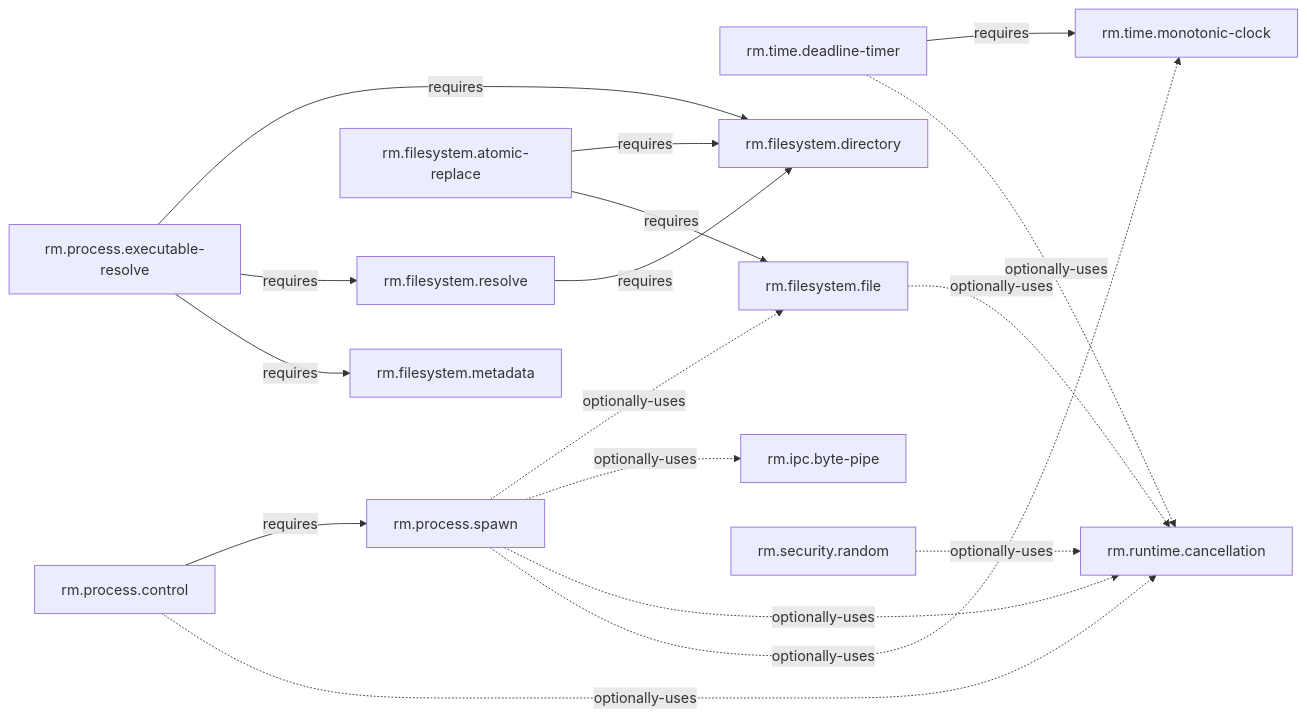
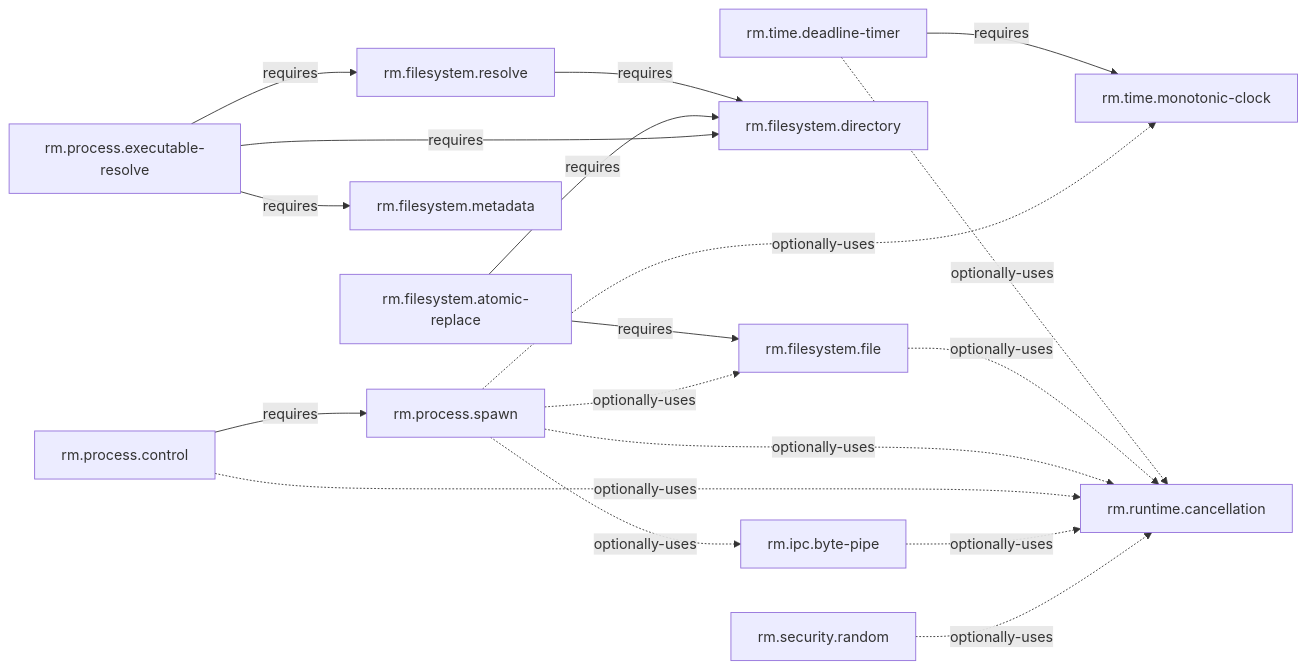
Before and after one commit to Rusty-Mill/rusty_foundation_akb: the diagram in docs/04-ecosystem/consistency-readiness/dependency-graph.md, drawn with Mermaid. The commit also changed other lines of this file and 16 other files, not shown here.

````diff
--- a/docs/04-ecosystem/consistency-readiness/dependency-graph.md
+++ b/docs/04-ecosystem/consistency-readiness/dependency-graph.md
@@ -8,19 +8,20 @@
 ```mermaid
 flowchart LR
   Timer["rm.time.deadline-timer"] -->|"requires"| Clock["rm.time.monotonic-clock"]
   Timer -.->|"optionally-uses"| Cancel["rm.runtime.cancellation"]
   Resolve["rm.filesystem.resolve"] -->|"requires"| Directory["rm.filesystem.directory"]
   File["rm.filesystem.file"] -.->|"optionally-uses"| Cancel
   Replace["rm.filesystem.atomic-replace"] -->|"requires"| Directory
   Replace -->|"requires"| File
   ExecResolve["rm.process.executable-resolve"] -->|"requires"| Directory
   ExecResolve -->|"requires"| Resolve
   ExecResolve -->|"requires"| Metadata["rm.filesystem.metadata"]
   Spawn["rm.process.spawn"] -.->|"optionally-uses"| File
   Spawn -.->|"optionally-uses"| Pipe["rm.ipc.byte-pipe"]
   Spawn -.->|"optionally-uses"| Cancel
   Spawn -.->|"optionally-uses"| Clock
   Control["rm.process.control"] -->|"requires"| Spawn
   Control -.->|"optionally-uses"| Cancel
+  Pipe -.->|"optionally-uses"| Cancel
   Random["rm.security.random"] -.->|"optionally-uses"| Cancel
 ```
````
